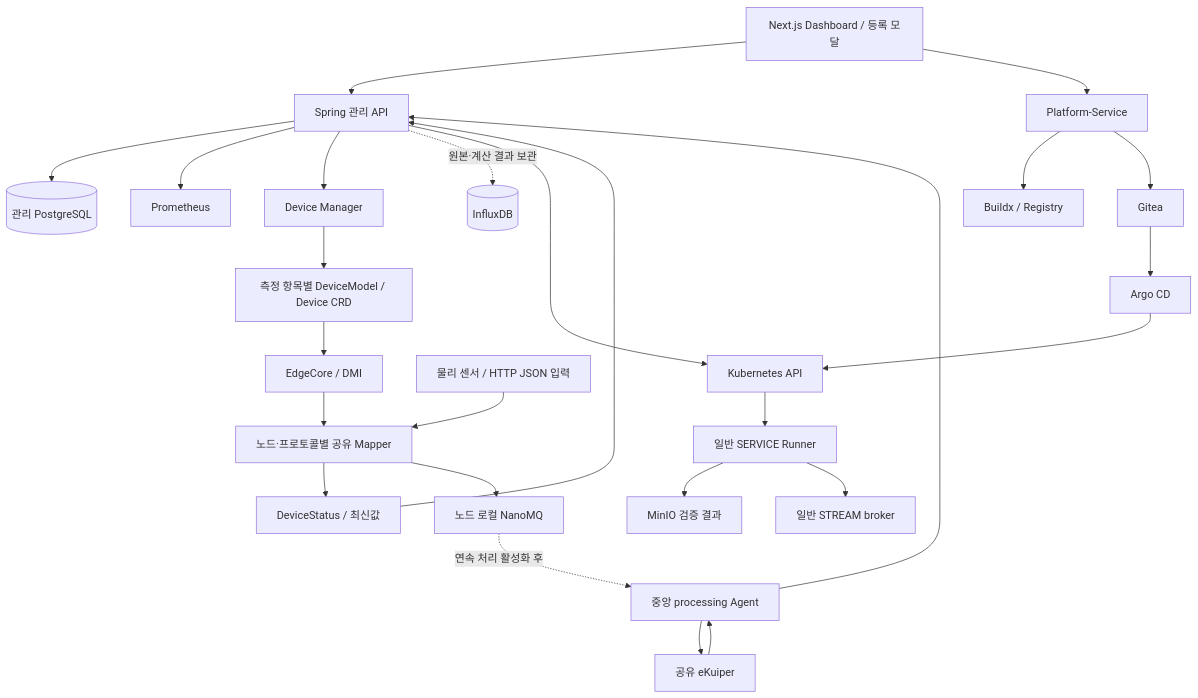
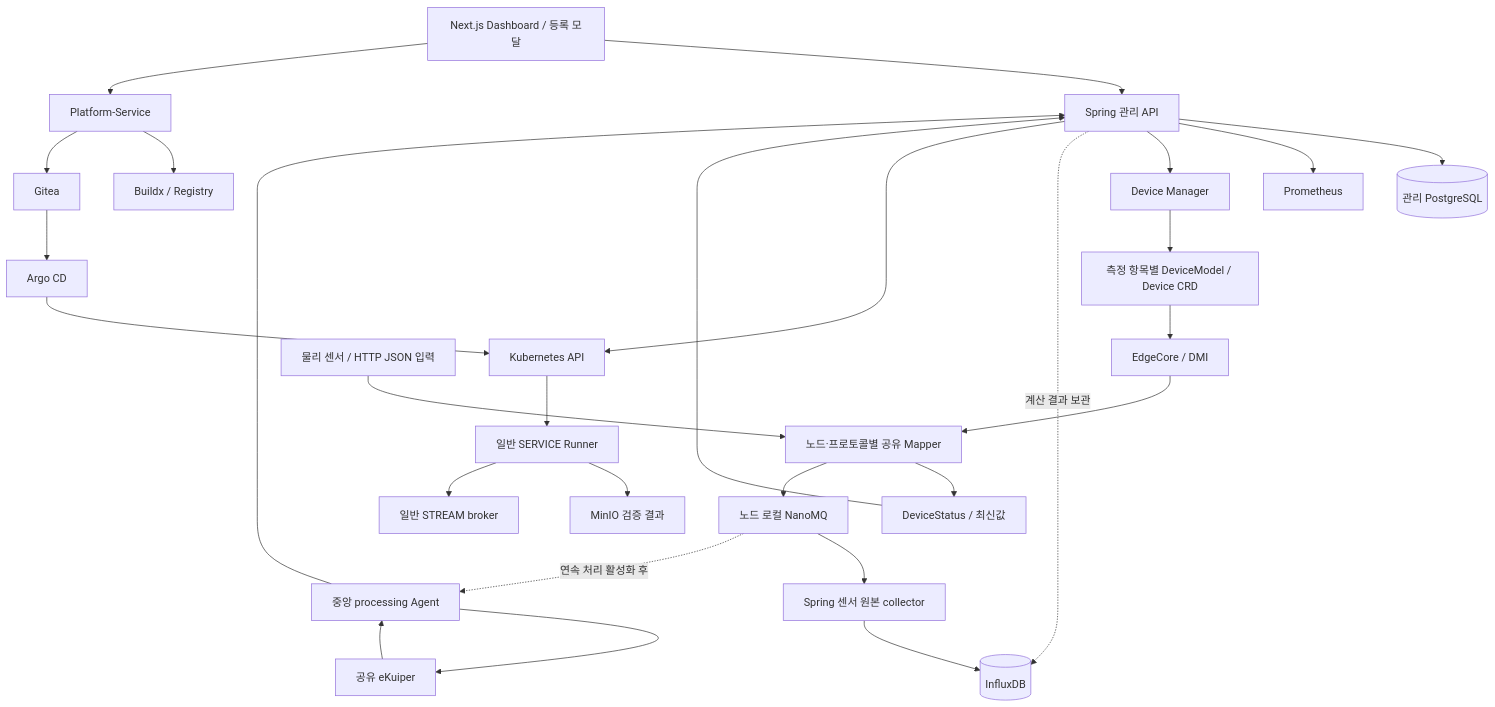
The diagram in docs/architecture/architecture.md (dsa04156/edgeai), drawn with Mermaid before and after one commit. The commit also changed other lines of this file, not shown here.

Commit message:
docs: distinguish sensor archival from conditional continuous processing

````diff
--- a/docs/architecture/architecture.md
+++ b/docs/architecture/architecture.md
@@ -7,28 +7,30 @@
 ```mermaid
 flowchart TB
   UI[Next.js Dashboard / 등록 모달] --> API[Spring 관리 API]
   API --> DB[(관리 PostgreSQL)]
   API --> PROM[Prometheus]
   API --> DM[Device Manager]
   DM --> CRD[측정 항목별 DeviceModel / Device CRD]
   CRD --> EC[EdgeCore / DMI]
   EC --> MAP[노드·프로토콜별 공유 Mapper]
   SENSOR[물리 센서 / HTTP JSON 입력] --> MAP
   MAP --> STATUS[DeviceStatus / 최신값]
   STATUS --> API
   MAP --> NANO[노드 로컬 NanoMQ]
+  NANO --> COL[Spring 센서 원본 collector]
+  COL --> HIST[(InfluxDB)]
   NANO -. 연속 처리 활성화 후 .-> PA[중앙 processing Agent]
   PA --> EK[공유 eKuiper]
   EK --> PA
   PA --> API
-  API -. 원본·계산 결과 보관 .-> HIST[(InfluxDB)]
+  API -. 계산 결과 보관 .-> HIST
   API --> K[Kubernetes API]
   K --> RUN[일반 SERVICE Runner]
   RUN --> OBJ[MinIO 검증 결과]
   RUN --> MQTT[일반 STREAM broker]
   UI --> PS[Platform-Service]
   PS --> BX[Buildx / Registry]
   PS --> GIT[Gitea]
   GIT --> ARGO[Argo CD]
   ARGO --> K
 ```
````
